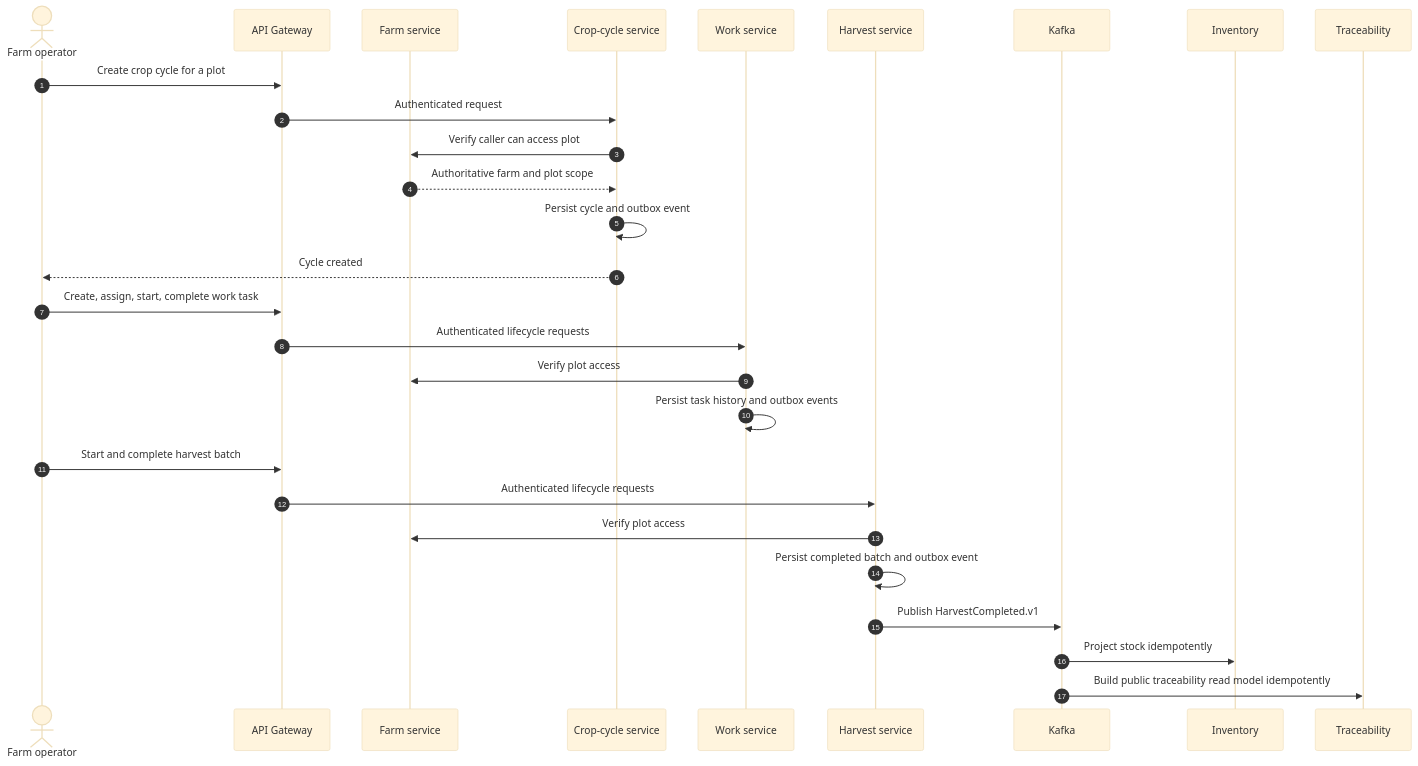
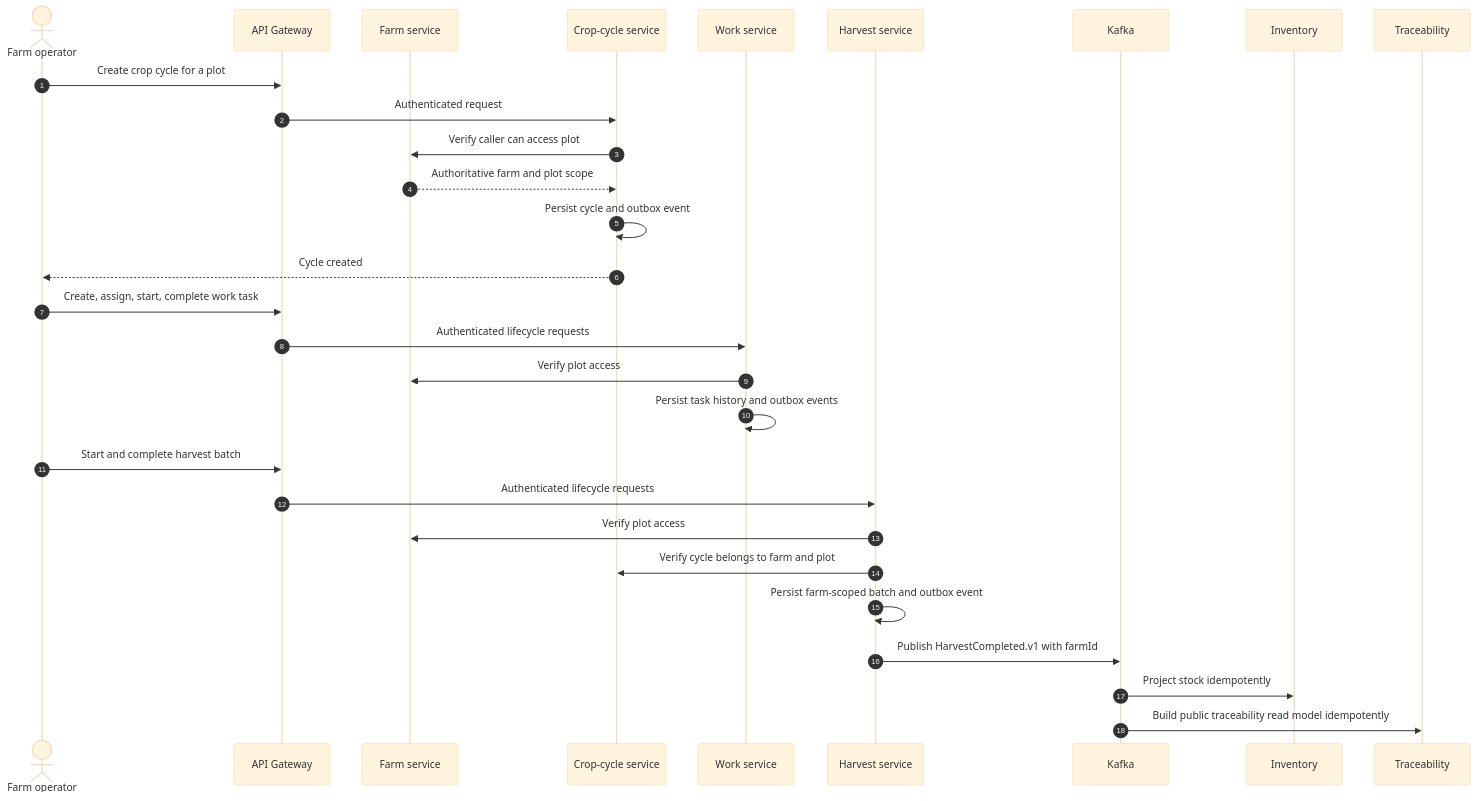
One commit to JasonTM17/AgriCore_SpringBoot_Microservices changed the diagram in docs/diagrams/crop-lifecycle-sequence.md. Above: the diagram before and after it, drawn with Mermaid (base theme). The commit also changed 9 other files, not shown here.

Commit message:
docs(architecture): synchronize service boundaries

````diff
--- a/docs/diagrams/crop-lifecycle-sequence.md
+++ b/docs/diagrams/crop-lifecycle-sequence.md
@@ -3,33 +3,34 @@
 ```mermaid
 sequenceDiagram
     autonumber
     actor User as Farm operator
     participant GW as API Gateway
     participant Farm as Farm service
     participant Cycle as Crop-cycle service
     participant Work as Work service
     participant Harvest as Harvest service
     participant Kafka
     participant Inventory
     participant Trace as Traceability
 
     User->>GW: Create crop cycle for a plot
     GW->>Cycle: Authenticated request
     Cycle->>Farm: Verify caller can access plot
     Farm-->>Cycle: Authoritative farm and plot scope
     Cycle->>Cycle: Persist cycle and outbox event
     Cycle-->>User: Cycle created
 
     User->>GW: Create, assign, start, complete work task
     GW->>Work: Authenticated lifecycle requests
     Work->>Farm: Verify plot access
     Work->>Work: Persist task history and outbox events
 
     User->>GW: Start and complete harvest batch
     GW->>Harvest: Authenticated lifecycle requests
     Harvest->>Farm: Verify plot access
-    Harvest->>Harvest: Persist completed batch and outbox event
-    Harvest->>Kafka: Publish HarvestCompleted.v1
+    Harvest->>Cycle: Verify cycle belongs to farm and plot
+    Harvest->>Harvest: Persist farm-scoped batch and outbox event
+    Harvest->>Kafka: Publish HarvestCompleted.v1 with farmId
     Kafka->>Inventory: Project stock idempotently
     Kafka->>Trace: Build public traceability read model idempotently
 ```
````
